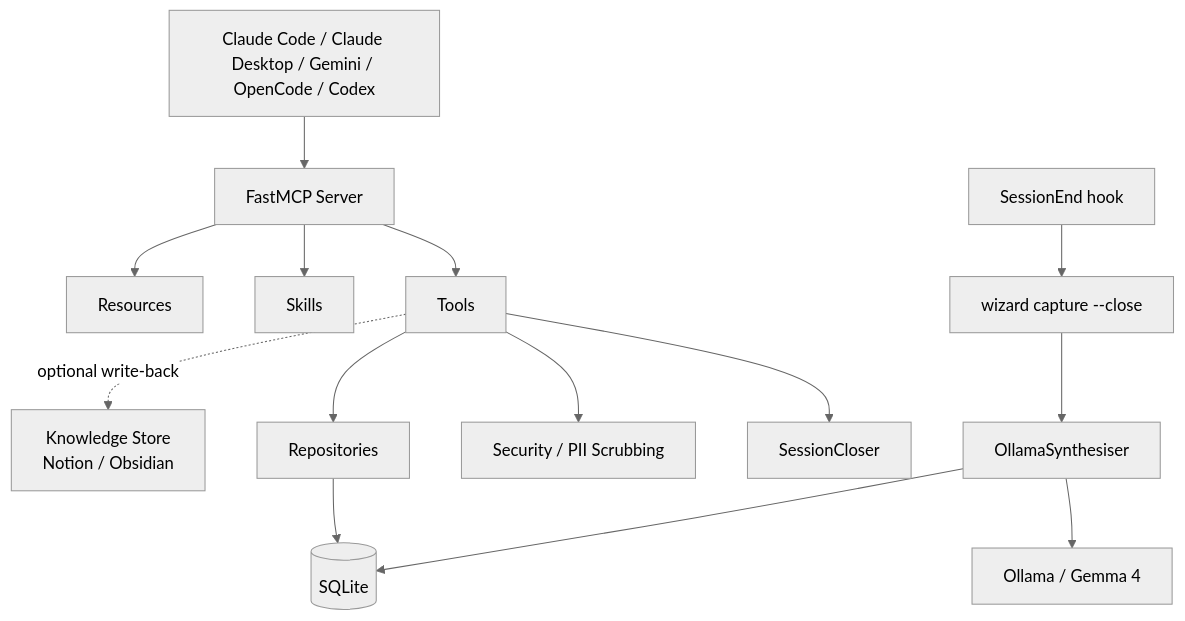
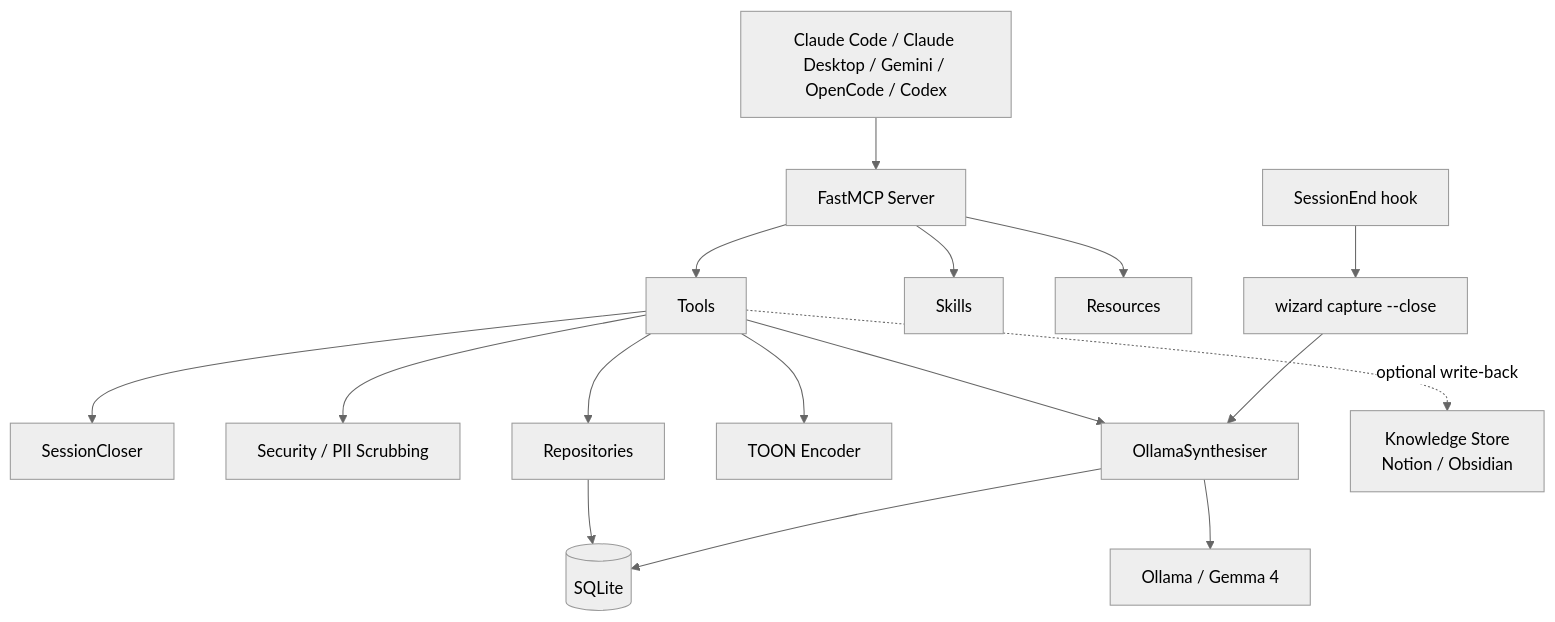
The diagram in README.md (kiran-capoor94/wizard), drawn with Mermaid (neutral theme) before and after one commit. The commit also changed other lines of this file and 33 other files, not shown here.

````diff
--- a/README.md
+++ b/README.md
@@ -123,16 +126,18 @@
 ```mermaid
 graph TD
     A[Claude Code / Claude Desktop / Gemini / OpenCode / Codex] --> B[FastMCP Server]
     B --> C[Tools]
     B --> D[Skills]
     B --> E[Resources]
     C --> F[SessionCloser]
     C --> G[Security / PII Scrubbing]
     C --> H[Repositories]
+    C --> T[TOON Encoder]
     H --> I[(SQLite)]
+    C --> P[OllamaSynthesiser]
     N[SessionEnd hook] --> O[wizard capture --close]
-    O --> P[OllamaSynthesiser]
+    O --> P
     P --> Q[Ollama / Gemma 4]
     P --> I
     C -.->|optional write-back| L[Knowledge Store\nNotion / Obsidian]
 ```
````
